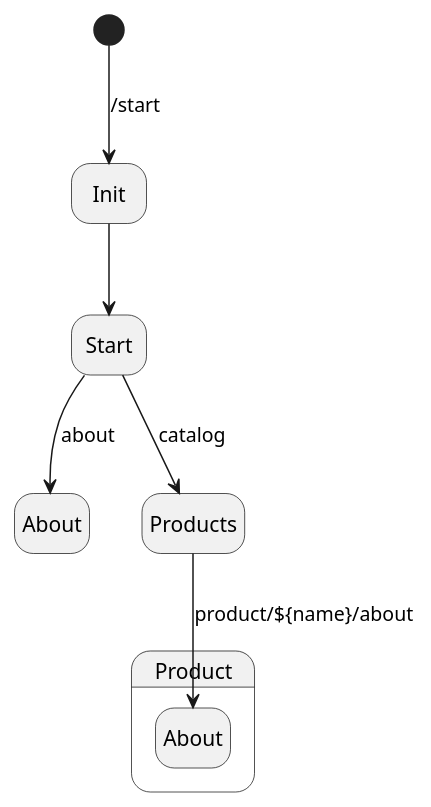
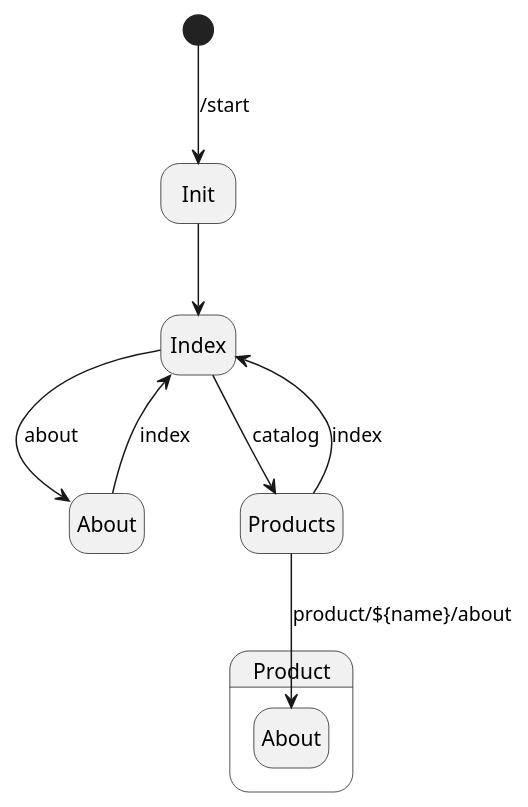
Before and after one commit to ViktorShchukin/shopbot: the diagram in doc/botFsmDiagram.md, drawn with PlantUML. The commit also changed 19 other files, not shown here.

````diff
--- a/doc/botFsmDiagram.md
+++ b/doc/botFsmDiagram.md
@@ -2,30 +2,13 @@
 ```plantuml
 hide empty description
 
-state start <<start>>
-
-'state Resolve
-'state UnknownCommand
-
-'state UserSession {
-
-    'state startChatSession <<entrypoint>>
-    'state history <<history>>
+state entrypoint <<start>>
     
-    start --> Init : /start
-    Init --> Start
-    Start --> About : about
-    Start --> Products : catalog
-    Products --> Product.About : product/${name}/about
-'}
-
-'anyUpdate --> Resolve
-'note on link: on update received 
-
-'Resolve --> startChatSession
-'Resolve --> UnknownCommand
-'Resolve --> history
-'note on link: if session already\nexists restore it
-
-
+entrypoint --> Init : /start
+Init --> Index
+Index --> About : about
+About --> Index : index
+Index --> Products : catalog
+Products --> Index : index
+Products --> Product.About : product/${name}/about
 ```
````
